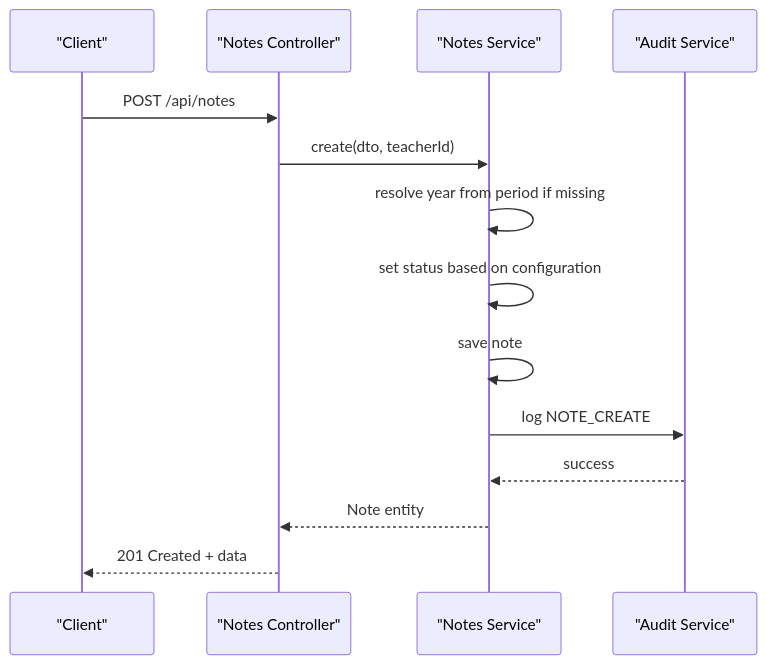
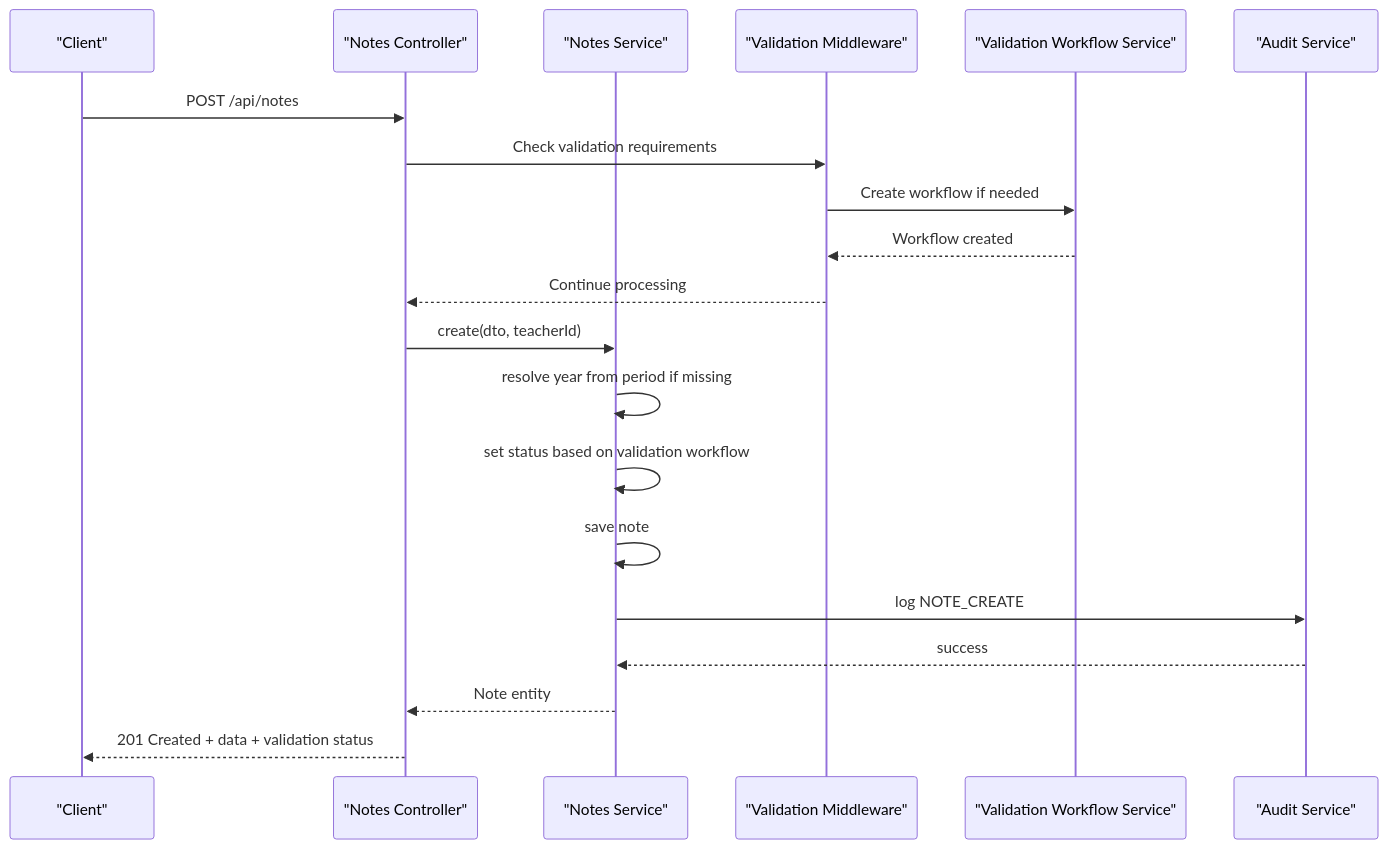
Before and after one commit to franckylab/eLISAschool: the second of 7 diagrams in .qoder/repowiki/en/content/Backend API Documentation/Grading System API.md, drawn with Mermaid. The commit also changed other lines of this file and 358 other files, not shown here.

First line of the commit message:
feat(validation): intégrer le système de workflow de validation

````diff
--- a/.qoder/repowiki/en/content/Backend API Documentation/Grading System API.md
+++ b/.qoder/repowiki/en/content/Backend API Documentation/Grading System API.md
@@ -105,16 +131,22 @@
 ```mermaid
 sequenceDiagram
 participant Client as "Client"
 participant NotesCtrl as "Notes Controller"
 participant NotesSvc as "Notes Service"
+participant ValidationMiddleware as "Validation Middleware"
+participant ValidationSvc as "Validation Workflow Service"
 participant Audit as "Audit Service"
 Client->>NotesCtrl : POST /api/notes
+NotesCtrl->>ValidationMiddleware : Check validation requirements
+ValidationMiddleware->>ValidationSvc : Create workflow if needed
+ValidationSvc-->>ValidationMiddleware : Workflow created
+ValidationMiddleware-->>NotesCtrl : Continue processing
 NotesCtrl->>NotesSvc : create(dto, teacherId)
 NotesSvc->>NotesSvc : resolve year from period if missing
-NotesSvc->>NotesSvc : set status based on configuration
+NotesSvc->>NotesSvc : set status based on validation workflow
 NotesSvc->>NotesSvc : save note
 NotesSvc->>Audit : log NOTE_CREATE
 Audit-->>NotesSvc : success
 NotesSvc-->>NotesCtrl : Note entity
-NotesCtrl-->>Client : 201 Created + data
+NotesCtrl-->>Client : 201 Created + data + validation status
 ```
````
